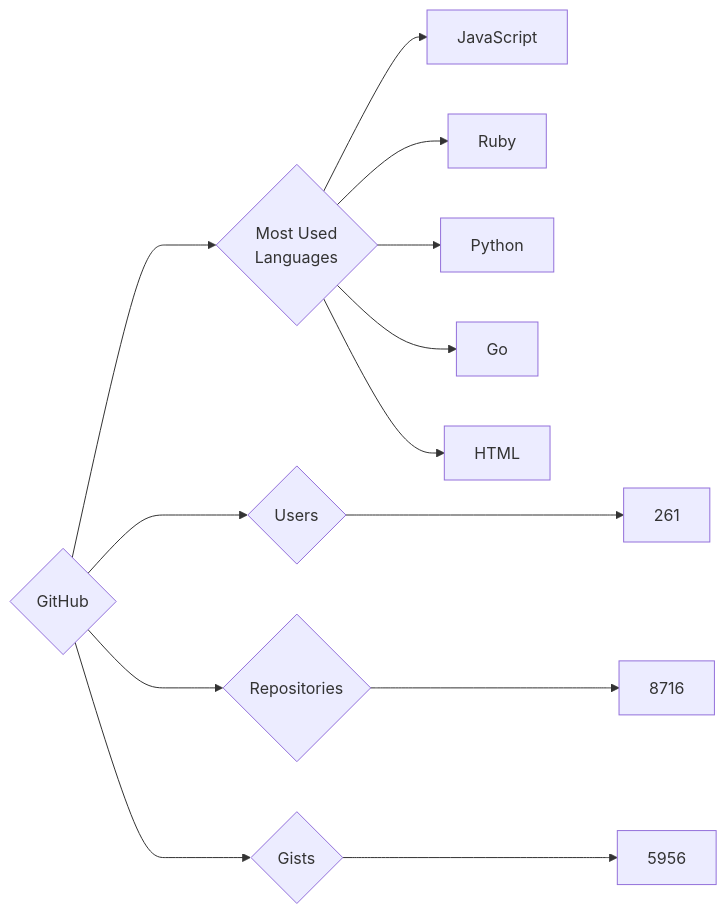
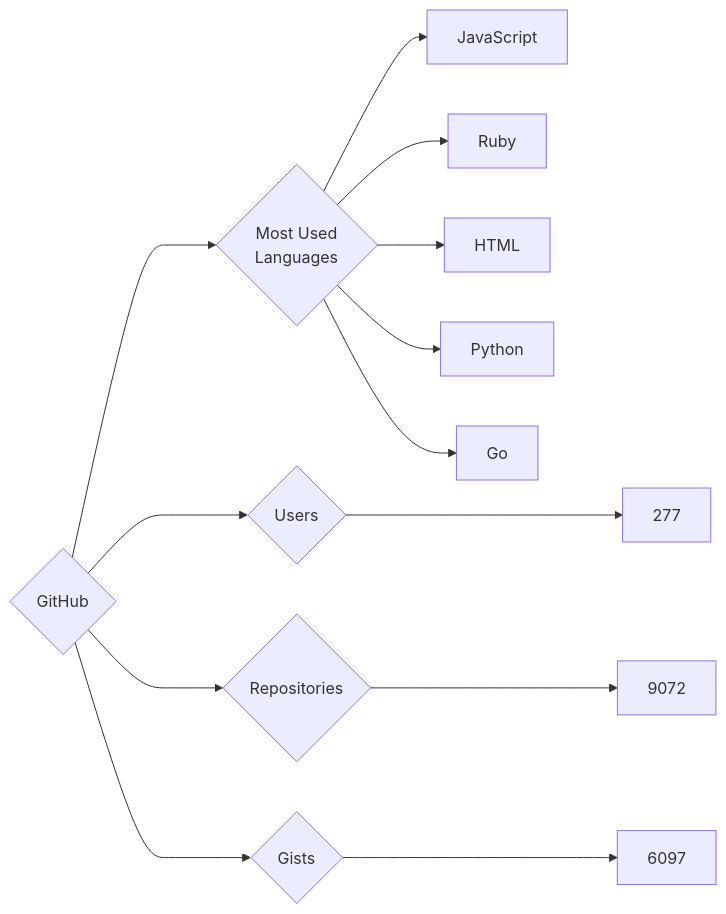
One commit to trickest/insiders changed the diagram in targets/GitHub/README.md. Above: the diagram before and after it, drawn with Mermaid. The commit also changed 773 other files, not shown here.

````diff
--- a/targets/GitHub/README.md
+++ b/targets/GitHub/README.md
@@ -3,13 +3,13 @@
 ```mermaid
 graph LR
 COMPANY_NAME{GitHub}
-COMPANY_NAME ---> U{Users} ---> UN[261]
-COMPANY_NAME ---> R{Repositories} ---> RN[8716]
-COMPANY_NAME ---> G{Gists} ---> GN[5956]
+COMPANY_NAME ---> U{Users} ---> UN[277]
+COMPANY_NAME ---> R{Repositories} ---> RN[9072]
+COMPANY_NAME ---> G{Gists} ---> GN[6097]
 COMPANY_NAME ---> ML{Most Used<br>Languages}
 ML --> JavaScript[JavaScript]
 ML --> Ruby[Ruby]
+ML --> HTML[HTML]
 ML --> Python[Python]
 ML --> Go[Go]
-ML --> HTML[HTML]
 ```
````
